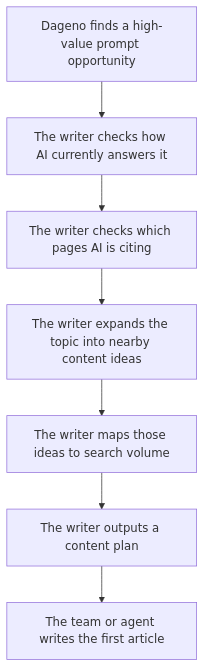
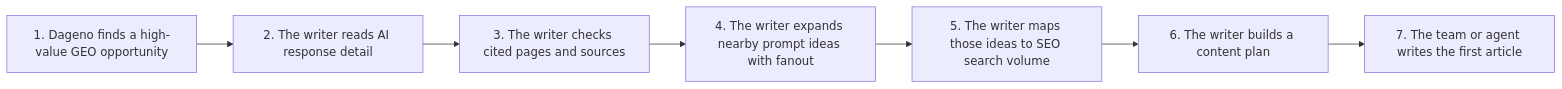
One commit to GEO-SEO/geo-content-writer changed the diagram in README.md. Above: the diagram before and after it, drawn with Mermaid.

Commit message:
Replace README flow with writer workflow

````diff
--- a/README.md
+++ b/README.md
@@ -128,9 +128,9 @@
 ```mermaid
-flowchart TD
-    A["Dageno finds a high-value prompt opportunity"] --> B["The writer checks how AI currently answers it"]
-    B --> C["The writer checks which pages AI is citing"]
-    C --> D["The writer expands the topic into nearby content ideas"]
-    D --> E["The writer maps those ideas to search volume"]
-    E --> F["The writer outputs a content plan"]
-    F --> G["The team or agent writes the first article"]
+flowchart LR
+    A["1. Dageno finds a high-value GEO opportunity"] --> B["2. The writer reads AI response detail"]
+    B --> C["3. The writer checks cited pages and sources"]
+    C --> D["4. The writer expands nearby prompt ideas with fanout"]
+    D --> E["5. The writer maps those ideas to SEO search volume"]
+    E --> F["6. The writer builds a content plan"]
+    F --> G["7. The team or agent writes the first article"]
 ```
````
